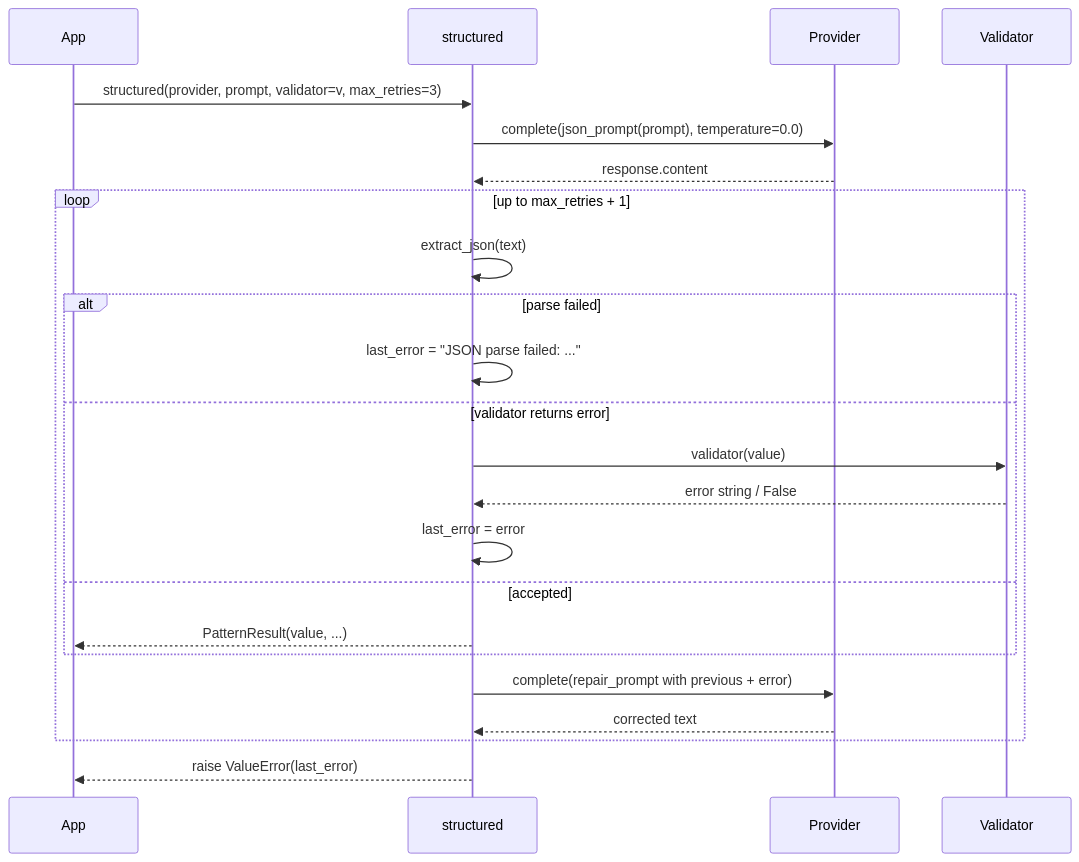
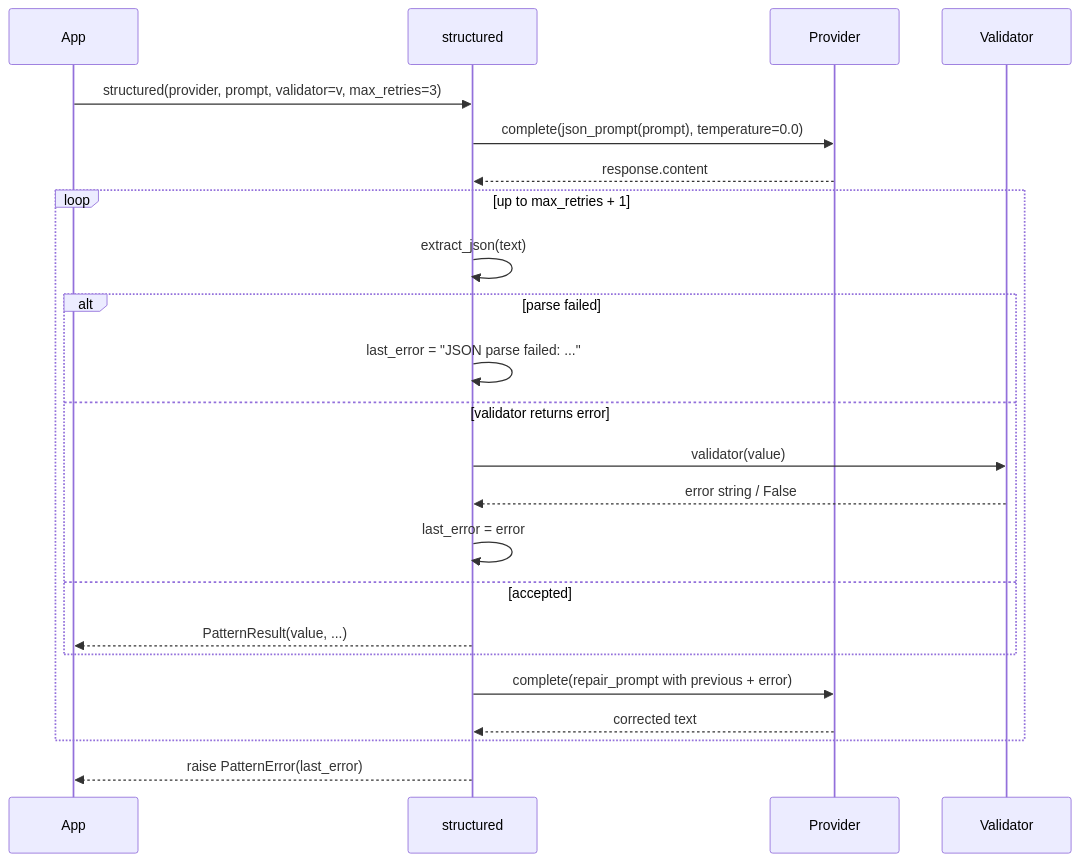
Before and after one commit to tafreeman/executionkit: the diagram in docs/patterns/structured.md, drawn with Mermaid. The commit also changed other lines of this file and 14 other files, not shown here.

````diff
--- a/docs/patterns/structured.md
+++ b/docs/patterns/structured.md
@@ -22,25 +22,25 @@
 ```mermaid
 sequenceDiagram
     participant App
     participant structured
     participant Provider
     participant Validator
     App->>structured: structured(provider, prompt, validator=v, max_retries=3)
     structured->>Provider: complete(json_prompt(prompt), temperature=0.0)
     Provider-->>structured: response.content
     loop up to max_retries + 1
         structured->>structured: extract_json(text)
         alt parse failed
             structured->>structured: last_error = "JSON parse failed: ..."
         else validator returns error
             structured->>Validator: validator(value)
             Validator-->>structured: error string / False
             structured->>structured: last_error = error
         else accepted
             structured-->>App: PatternResult(value, ...)
         end
         structured->>Provider: complete(repair_prompt with previous + error)
         Provider-->>structured: corrected text
     end
-    structured-->>App: raise ValueError(last_error)
+    structured-->>App: raise PatternError(last_error)
 ```
````
